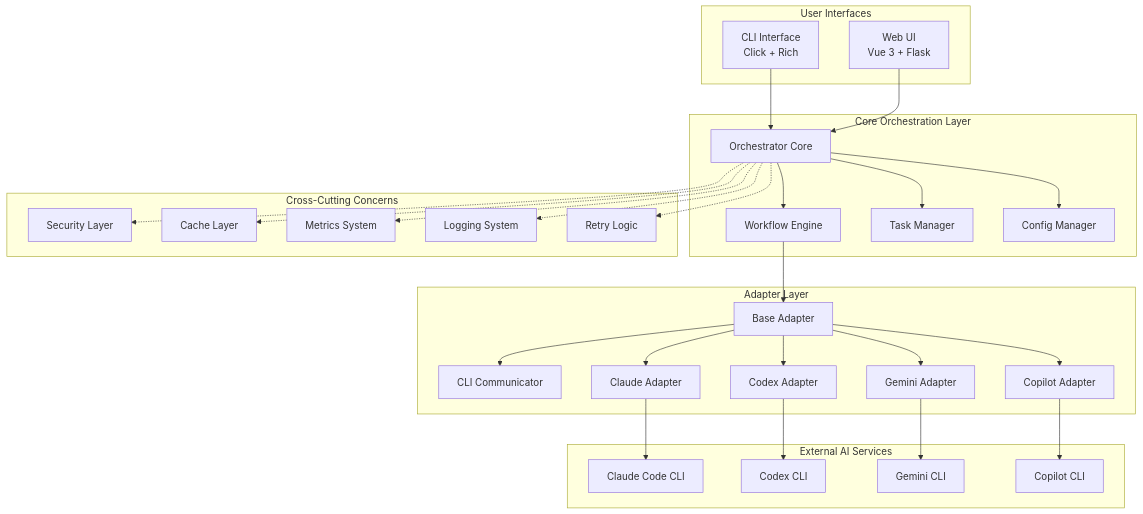
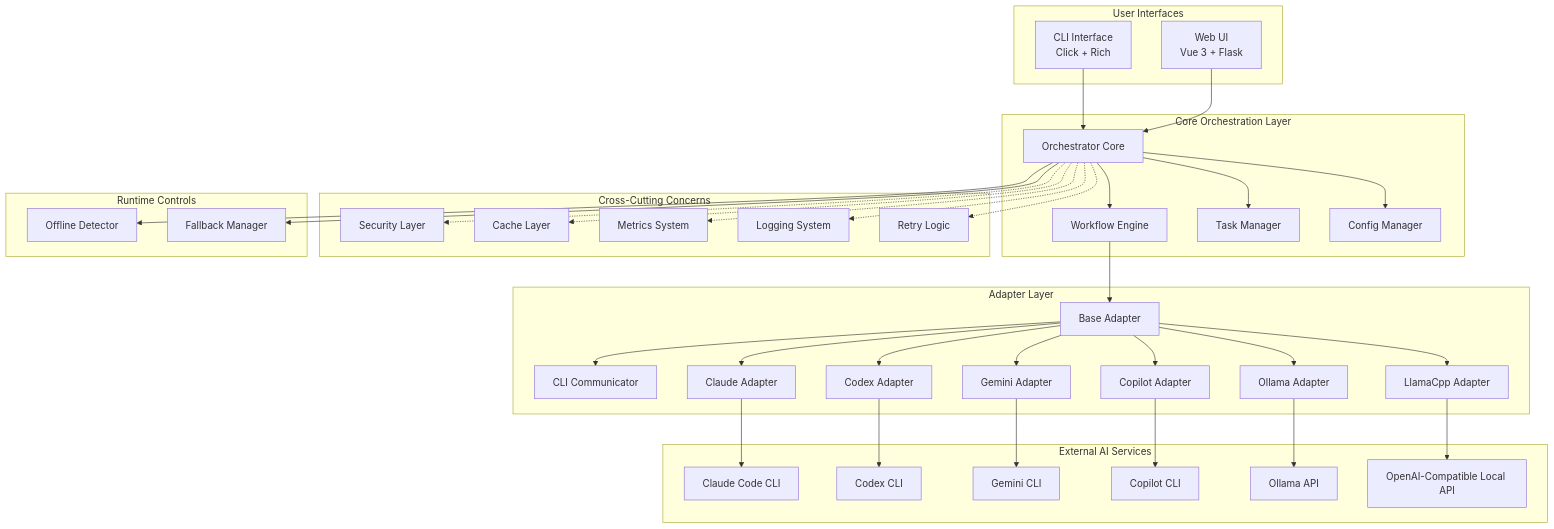
The first of 13 diagrams in ARCHITECTURE.md (2430468136/AI-Orchestrator-Agents), drawn with Mermaid before and after one commit. The commit also changed other lines of this file and 32 other files, not shown here.

Commit message:
feat: implement offline mode detection and fallback routing for local agents

````diff
--- a/ARCHITECTURE.md
+++ b/ARCHITECTURE.md
@@ -33,62 +33,77 @@
 ```mermaid
 graph TD
     subgraph "User Interfaces"
         CLI[CLI Interface<br/>Click + Rich]
         UI[Web UI<br/>Vue 3 + Flask]
     end
 
     subgraph "Core Orchestration Layer"
         ORCH[Orchestrator Core]
         WF[Workflow Engine]
         TM[Task Manager]
         CFG[Config Manager]
     end
 
     subgraph "Cross-Cutting Concerns"
         SEC[Security Layer]
         CACHE[Cache Layer]
         METRICS[Metrics System]
         LOG[Logging System]
         RETRY[Retry Logic]
     end
 
     subgraph "Adapter Layer"
         BASE[Base Adapter]
         COMM[CLI Communicator]
         CLA[Claude Adapter]
         COD[Codex Adapter]
         GEM[Gemini Adapter]
         COP[Copilot Adapter]
+        OLL[Ollama Adapter]
+        LLAMA[LlamaCpp Adapter]
+    end
+
+    subgraph "Runtime Controls"
+        OFF[Offline Detector]
+        FB[Fallback Manager]
     end
 
     subgraph "External AI Services"
         CLAUDE[Claude Code CLI]
         CODEX[Codex CLI]
         GEMINI[Gemini CLI]
         COPILOT[Copilot CLI]
+        OLLAMA_API[Ollama API]
+        OPENAI_LOCAL[OpenAI-Compatible Local API]
     end
 
     CLI --> ORCH
     UI --> ORCH
     ORCH --> WF
     ORCH --> TM
     ORCH --> CFG
+    ORCH --> OFF
+    ORCH --> FB
 
     ORCH -.-> SEC
     ORCH -.-> CACHE
     ORCH -.-> METRICS
     ORCH -.-> LOG
     ORCH -.-> RETRY
 
     WF --> BASE
     BASE --> COMM
     BASE --> CLA
     BASE --> COD
     BASE --> GEM
     BASE --> COP
+    BASE --> OLL
+    BASE --> LLAMA
 
     CLA --> CLAUDE
     COD --> CODEX
     GEM --> GEMINI
     COP --> COPILOT
+    OLL --> OLLAMA_API
+    LLAMA --> OPENAI_LOCAL
 ```
````
